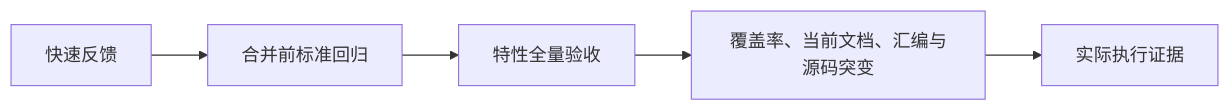
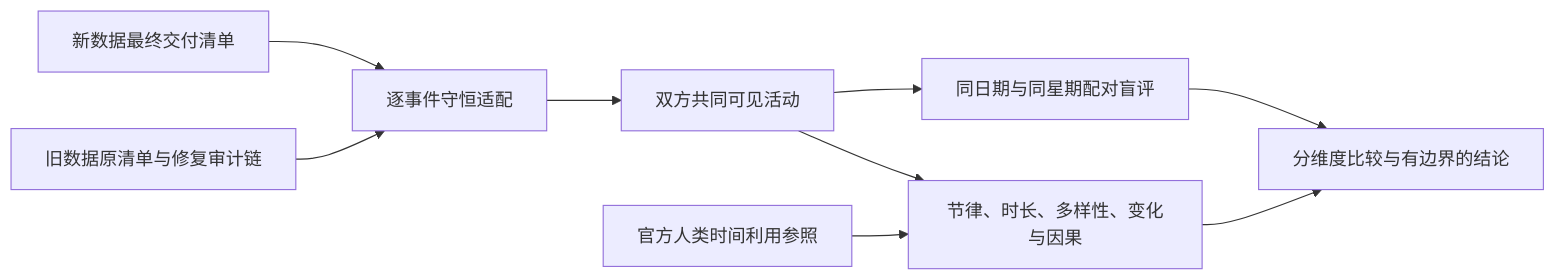
The fifth of 5 diagrams in docs/design/07-evaluation.md (HoldThatThgt/WorldMock), drawn with Mermaid before and after one commit. The commit also changed other lines of this file and 875 other files, not shown here.

````diff
--- a/docs/design/07-evaluation.md
+++ b/docs/design/07-evaluation.md
@@ -871,7 +915,11 @@
 ```mermaid
 flowchart LR
-    FAST[快速反馈] --> STANDARD[合并前标准回归]
-    STANDARD --> FULL[特性全量验收]
-    FULL --> GATES[覆盖率、当前文档、汇编与源码突变]
-    GATES --> RECEIPT[实际执行证据]
+    A[旧数据原清单与修复审计链] --> C[逐事件守恒适配]
+    B[新数据最终交付清单] --> C
+    C --> D[双方共同可见活动]
+    D --> E[节律、时长、多样性、变化与因果]
+    D --> F[同日期与同星期配对盲评]
+    G[官方人类时间利用参照] --> E
+    E --> H[分维度比较与有边界的结论]
+    F --> H
 ```
````
